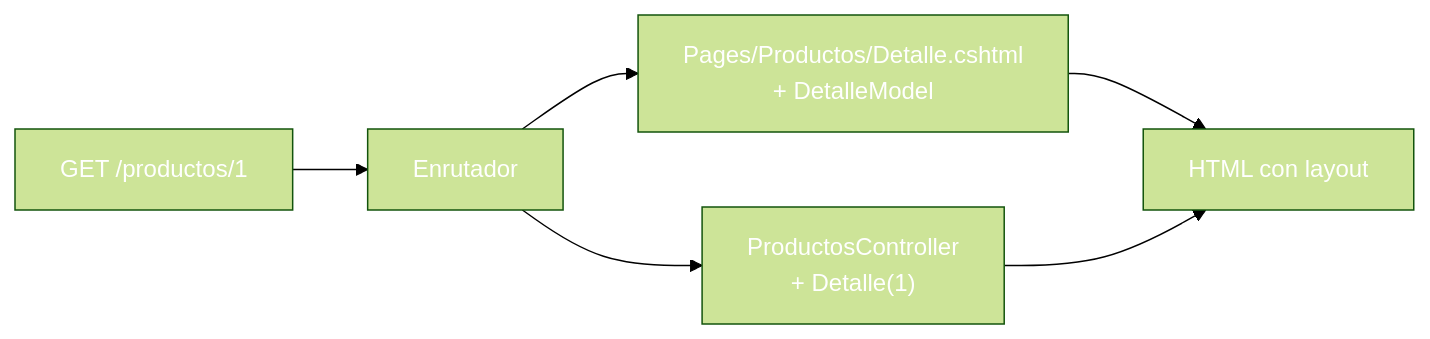
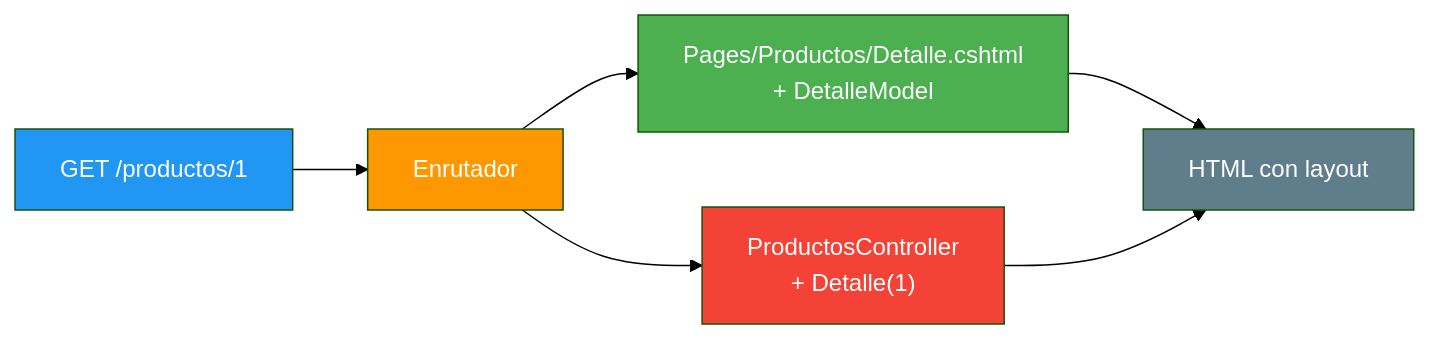
Before and after one commit to joseluisgs/DesarrolloWebEntornosServidor-03-2026-2027: the first of 4 diagrams in 12-mvc-vs-razorpages.md, drawn with Mermaid (forest theme). The commit also changed other lines of this file and 25 other files, not shown here.

Commit message:
docs: corregir los estilos Mermaid de los temas y alinear el dominio del tema 25 con ProductosApp

````diff
--- a/12-mvc-vs-razorpages.md
+++ b/12-mvc-vs-razorpages.md
@@ -49,13 +49,13 @@
 ```mermaid
 graph LR
     A["GET /productos/1"] --> B["Enrutador"]
     B --> C["Pages/Productos/Detalle.cshtml<br/>+ DetalleModel"]
     B --> D["ProductosController<br/>+ Detalle(1)"]
     C --> E["HTML con layout"]
     D --> E
-    style A fill:#2196F,color:#fff3,color:#fff
-    style B fill:#FF980,color:#fff0,color:#fff
-    style C fill:#4CAF5,color:#fff0,color:#fff
-    style D fill:#f4433,color:#fff6,color:#fff
-    style E fill:#607D8,color:#fffB,color:#fff
+    style A fill:#2196F3,color:#fff
+    style B fill:#FF9800,color:#fff
+    style C fill:#4CAF50,color:#fff
+    style D fill:#f44336,color:#fff
+    style E fill:#607D8B,color:#fff
 ```
````
